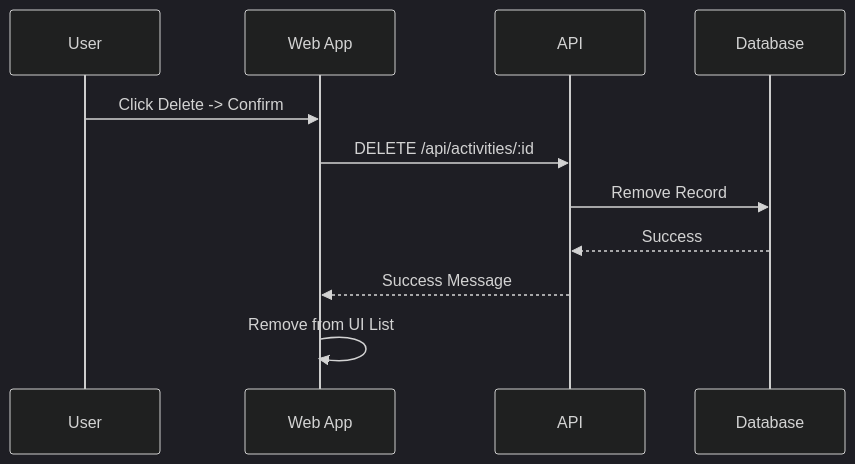
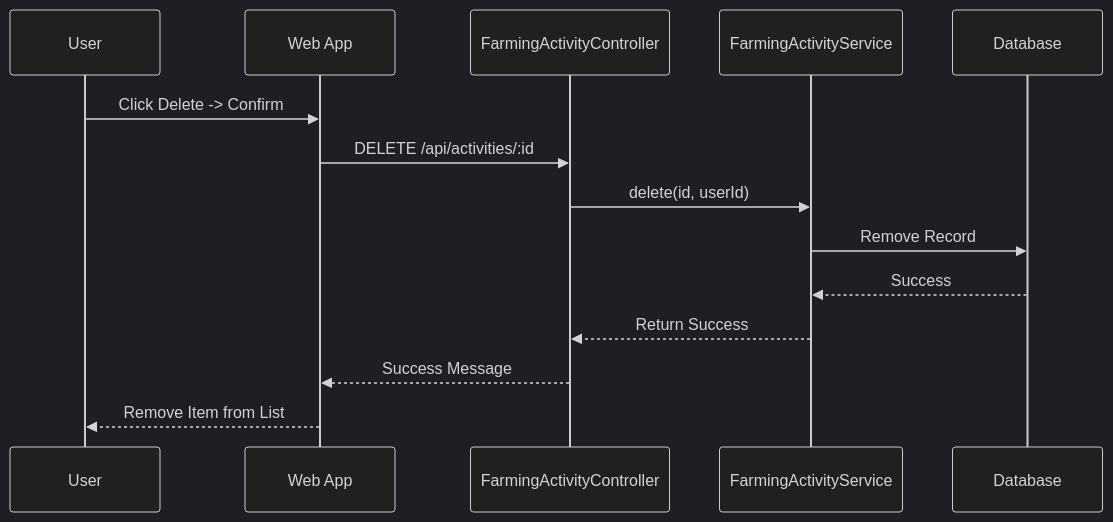
One commit to duong4444/agribot-dev changed the fourth of 4 diagrams in DOC-TTCS/farming_activity_docs.md. Above: the diagram before and after it, drawn with Mermaid (dark theme). The commit also changed other lines of this file and 7 other files, not shown here.

````diff
--- a/DOC-TTCS/farming_activity_docs.md
+++ b/DOC-TTCS/farming_activity_docs.md
@@ -114,14 +124,18 @@
 ```mermaid
 sequenceDiagram
     participant U as User
     participant FE as Web App
-    participant BE as API
+    participant CTL as FarmingActivityController
+    participant SVC as FarmingActivityService
     participant DB as Database
 
     U->>FE: Click Delete -> Confirm
-    FE->>BE: DELETE /api/activities/:id
-    BE->>DB: Remove Record
-    DB-->>BE: Success
-    BE-->>FE: Success Message
-    FE->>FE: Remove from UI List
+    FE->>CTL: DELETE /api/activities/:id
+    CTL->>SVC: delete(id, userId)
+    
+    SVC->>DB: Remove Record
+    DB-->>SVC: Success
+    SVC-->>CTL: Return Success
+    CTL-->>FE: Success Message
+    FE-->>U: Remove Item from List
 ```
````
